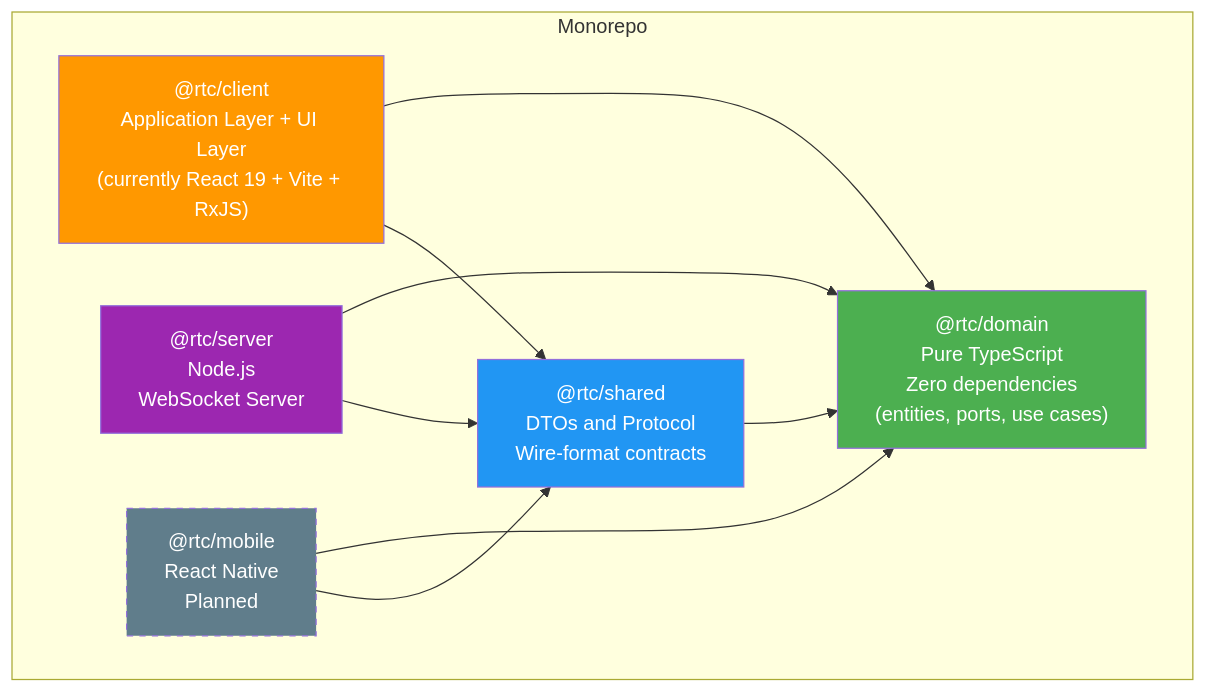
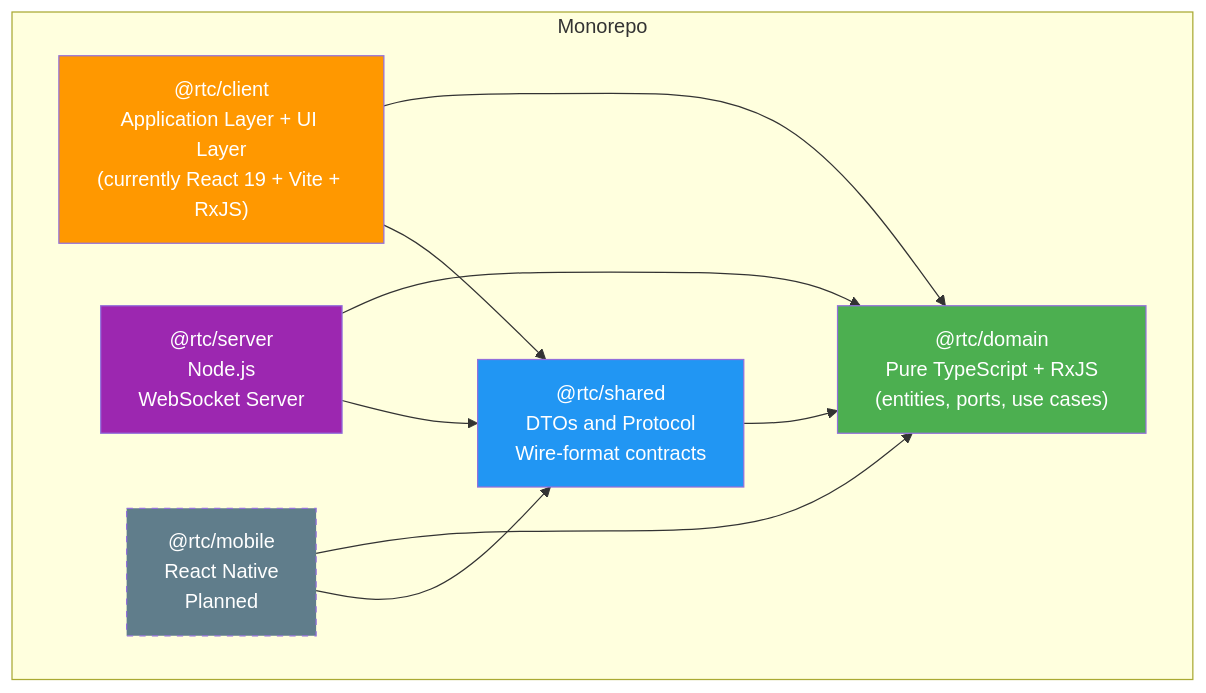
Diagram 18 of 18 in docs/architecture.md (bettersoftware-io/ReactiveTraderCloudClone), drawn with Mermaid before and after one commit. The commit also changed other lines of this file and 4 other files, not shown here.

Commit message:
refactor(domain): finalize Phase 2.6 — delete delay.ts, update architecture.md, mark STATUS done

````diff
--- a/docs/architecture.md
+++ b/docs/architecture.md
@@ -954,24 +970,24 @@
 ```mermaid
 graph TB
     subgraph Monorepo
-        domain["@rtc/domain\nPure TypeScript\nZero dependencies\n(entities, ports, use cases)"]
+        domain["@rtc/domain\nPure TypeScript + RxJS\n(entities, ports, use cases)"]
         shared["@rtc/shared\nDTOs and Protocol\nWire-format contracts"]
         client["@rtc/client\nApplication Layer + UI Layer\n(currently React 19 + Vite + RxJS)"]
         server["@rtc/server\nNode.js\nWebSocket Server"]
         mobile["@rtc/mobile\nReact Native\nPlanned"]
     end
 
     shared --> domain
     client --> domain
     client --> shared
     server --> domain
     server --> shared
     mobile --> domain
     mobile --> shared
 
     style domain fill:#4CAF50,color:#fff
     style shared fill:#2196F3,color:#fff
     style client fill:#FF9800,color:#fff
     style server fill:#9C27B0,color:#fff
     style mobile fill:#607D8B,color:#fff,stroke-dasharray: 5 5
 ```
````
